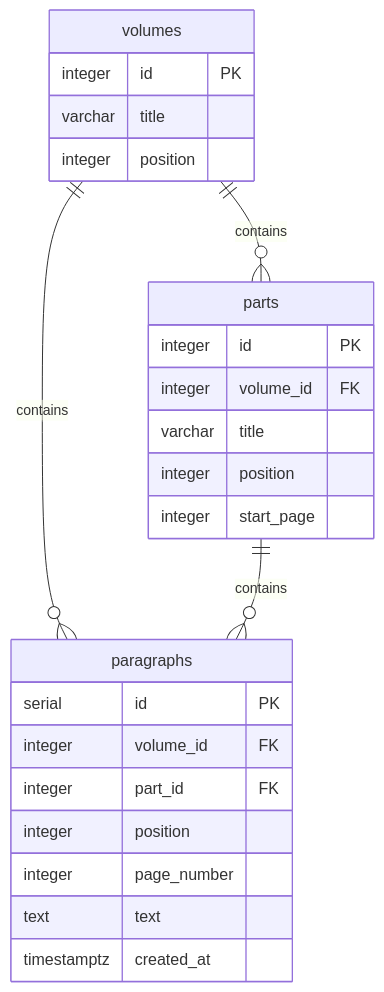
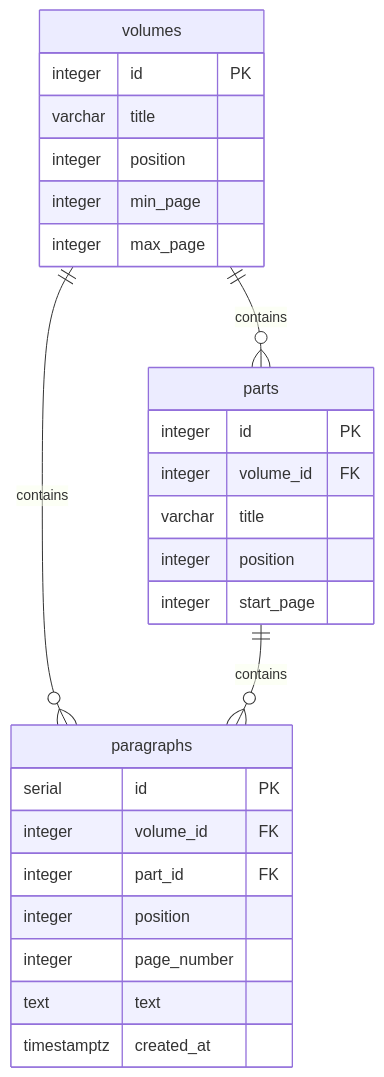
The first of 2 diagrams in docs/architecture/data-model.md (ChloeDelphis/proust-club), drawn with Mermaid before and after one commit. The commit also changed other lines of this file and 7 other files, not shown here.

Commit message:
docs: fix stale ADR references, missing schema, and endpoint-table duplication

````diff
--- a/docs/architecture/data-model.md
+++ b/docs/architecture/data-model.md
@@ -15,30 +15,32 @@
 ```mermaid
 erDiagram
     volumes {
         integer id PK
         varchar title
         integer position
+        integer min_page
+        integer max_page
     }
 
     parts {
         integer id PK
         integer volume_id FK
         varchar title
         integer position
         integer start_page
     }
 
     paragraphs {
         serial  id PK
         integer volume_id FK
         integer part_id FK
         integer position
         integer page_number
         text    text
         timestamptz created_at
     }
 
     volumes ||--o{ parts : contains
     volumes ||--o{ paragraphs : contains
     parts   ||--o{ paragraphs : contains
 ```
````
